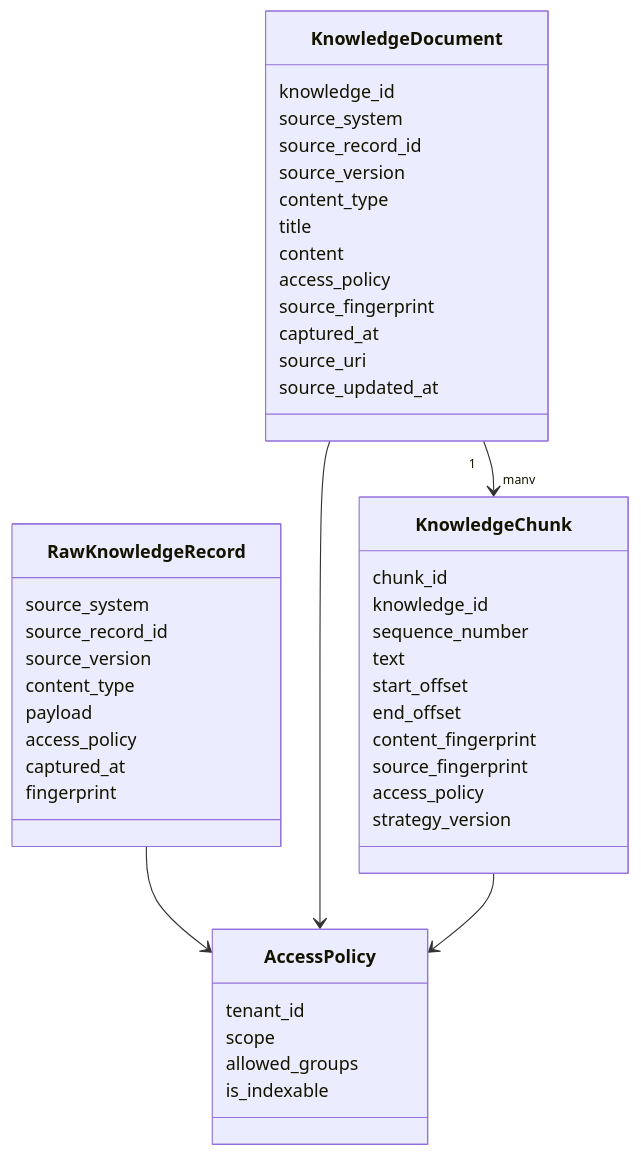
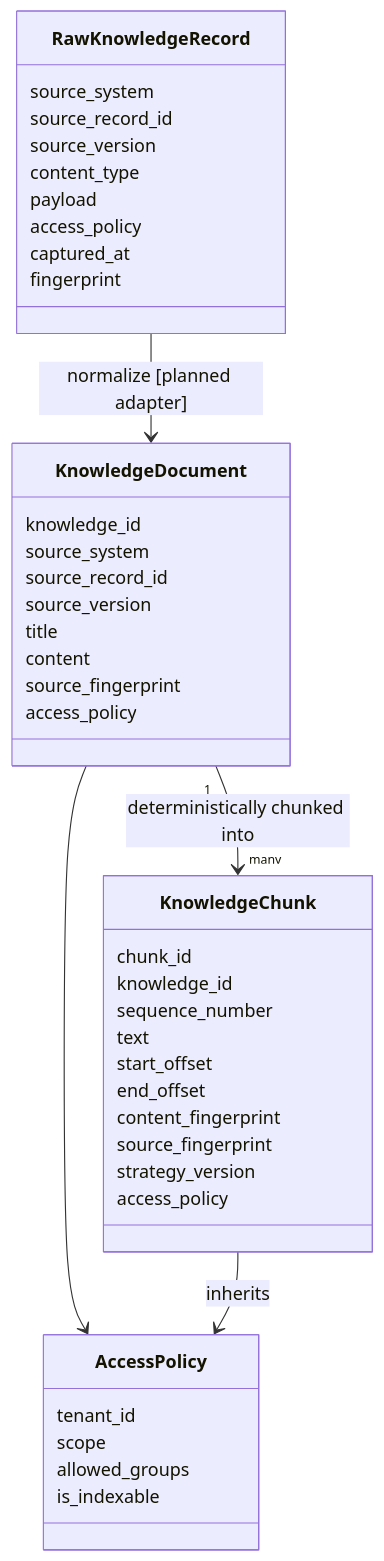
Before and after one commit to kumarchandansingh/tropos: the first of 8 diagrams in docs/architecture/KNOWLEDGE_MODEL.md, drawn with Mermaid. The commit also changed other lines of this file and 11 other files, not shown here.

````diff
--- a/docs/architecture/KNOWLEDGE_MODEL.md
+++ b/docs/architecture/KNOWLEDGE_MODEL.md
@@ -24,53 +19,49 @@
 ```mermaid
 classDiagram
-    class AccessPolicy {
-      tenant_id
-      scope
-      allowed_groups
-      is_indexable
-    }
-
     class RawKnowledgeRecord {
       source_system
       source_record_id
       source_version
       content_type
       payload
       access_policy
       captured_at
       fingerprint
     }
 
     class KnowledgeDocument {
       knowledge_id
       source_system
       source_record_id
       source_version
-      content_type
       title
       content
+      source_fingerprint
       access_policy
-      source_fingerprint
-      captured_at
-      source_uri
-      source_updated_at
     }
 
     class KnowledgeChunk {
       chunk_id
       knowledge_id
       sequence_number
       text
       start_offset
       end_offset
       content_fingerprint
       source_fingerprint
+      strategy_version
       access_policy
-      strategy_version
     }
 
-    RawKnowledgeRecord --> AccessPolicy
+    class AccessPolicy {
+      tenant_id
+      scope
+      allowed_groups
+      is_indexable
+    }
+
+    RawKnowledgeRecord --> KnowledgeDocument : normalize [planned adapter]
+    KnowledgeDocument "1" --> "many" KnowledgeChunk : deterministically chunked into
     KnowledgeDocument --> AccessPolicy
-    KnowledgeDocument "1" --> "many" KnowledgeChunk
-    KnowledgeChunk --> AccessPolicy
+    KnowledgeChunk --> AccessPolicy : inherits
 ```
````
